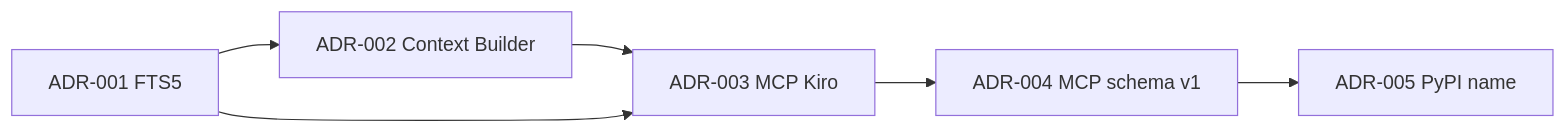
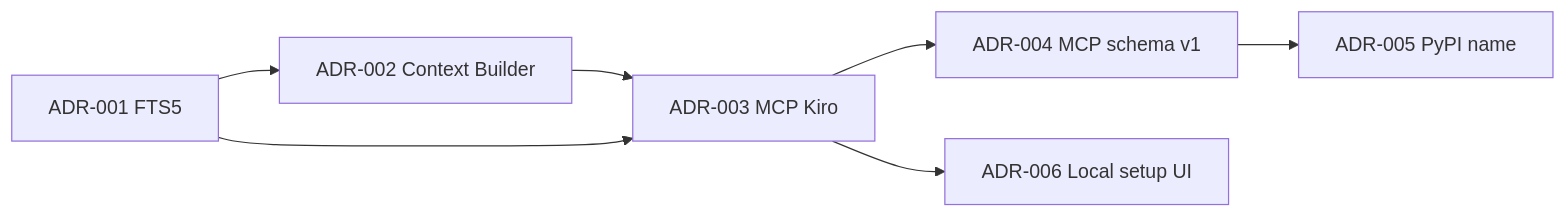
Before and after one commit to adrianosbotelho/DCE: the diagram in docs/ArchitectureDecisions.md, drawn with Mermaid. The commit also changed other lines of this file and 23 other files, not shown here.

First line of the commit message:
feat: add local setup web UI (dce ui) for non-CLI operators

````diff
--- a/docs/ArchitectureDecisions.md
+++ b/docs/ArchitectureDecisions.md
@@ -38,8 +39,9 @@
 ```mermaid
 flowchart LR
   A1[ADR-001 FTS5] --> A2[ADR-002 Context Builder]
   A2 --> A3[ADR-003 MCP Kiro]
   A3 --> A4[ADR-004 MCP schema v1]
   A4 --> A5[ADR-005 PyPI name]
+  A3 --> A6[ADR-006 Local setup UI]
   A1 --> A3
 ```
````
